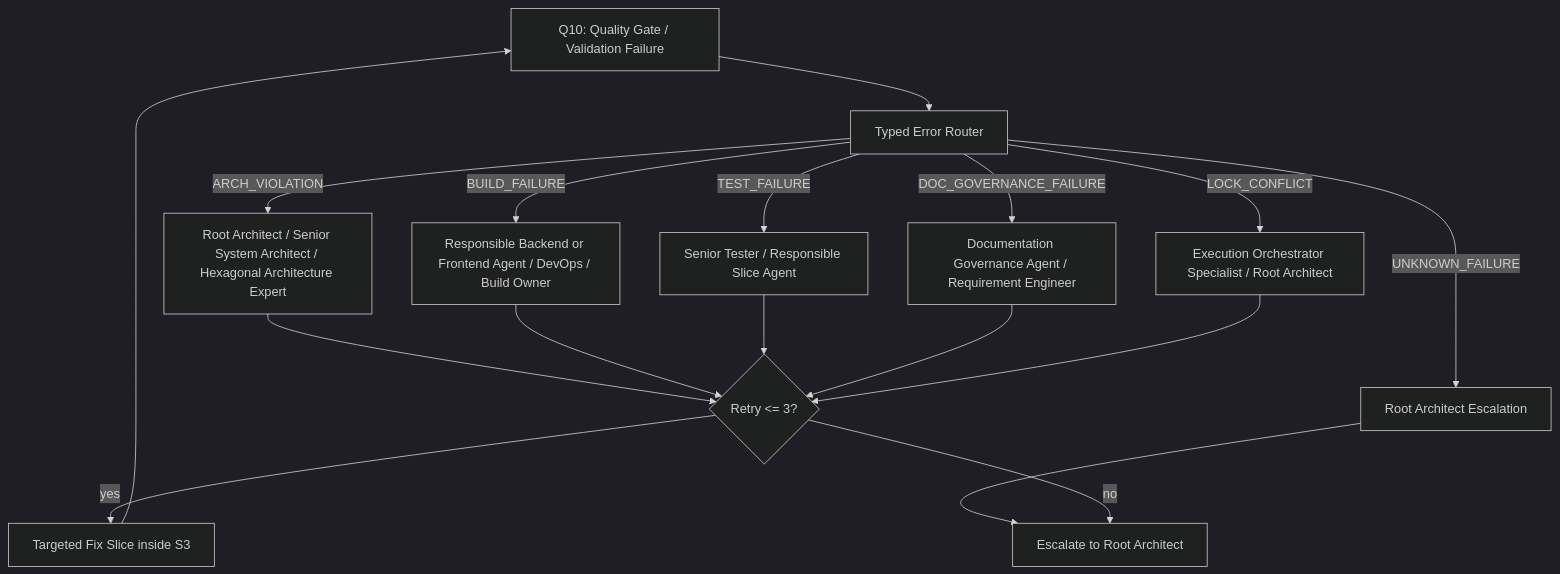
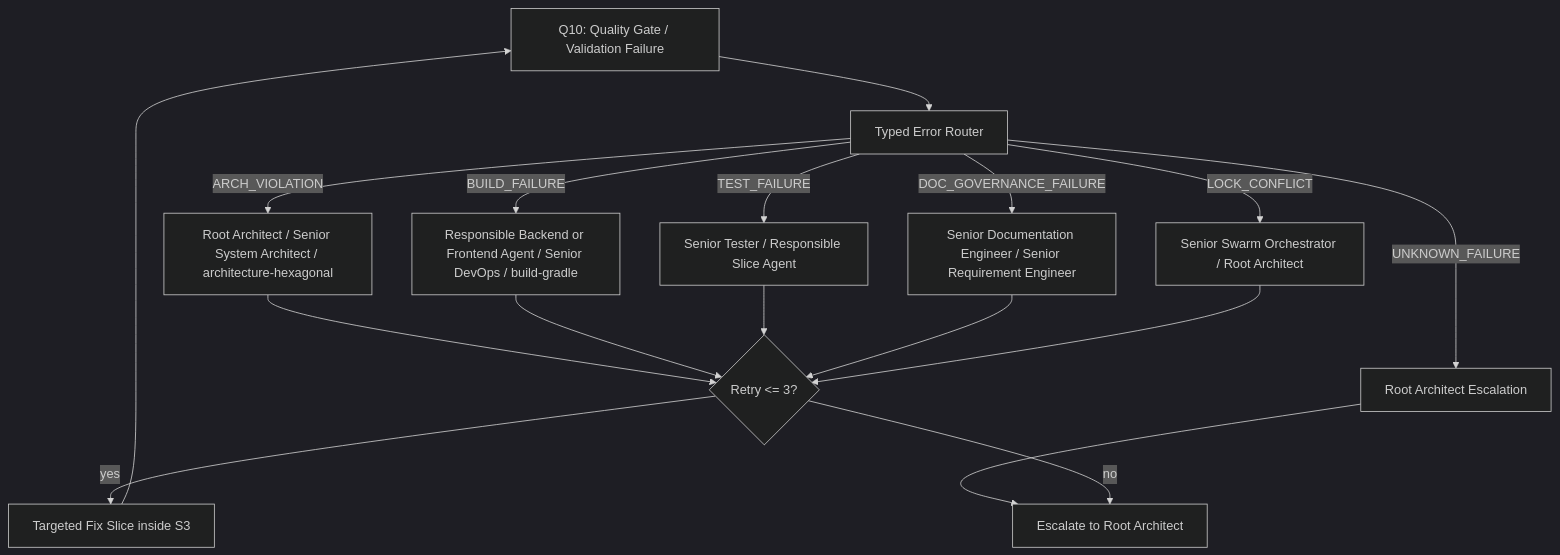
Before and after one commit to MatthiasBurger-Coder/forensic_analytics: the second of 3 diagrams in docs/process/workflow-execute.md, drawn with Mermaid (dark theme). The commit also changed other lines of this file and 16 other files, not shown here.

First line of the commit message:
docs(slice-15): record governance flowchart adr

````diff
--- a/docs/process/workflow-execute.md
+++ b/docs/process/workflow-execute.md
@@ -94,19 +94,19 @@
 ```mermaid
 flowchart TD
   Q10["Q10: Quality Gate / Validation Failure"] --> R["Typed Error Router"]
-  R -->|ARCH_VIOLATION| A["Root Architect / Senior System Architect / Hexagonal Architecture Expert"]
-  R -->|BUILD_FAILURE| B["Responsible Backend or Frontend Agent / DevOps / Build Owner"]
+  R -->|ARCH_VIOLATION| A["Root Architect / Senior System Architect / architecture-hexagonal"]
+  R -->|BUILD_FAILURE| B["Responsible Backend or Frontend Agent / Senior DevOps / build-gradle"]
   R -->|TEST_FAILURE| T["Senior Tester / Responsible Slice Agent"]
-  R -->|DOC_GOVERNANCE_FAILURE| D["Documentation Governance Agent / Requirement Engineer"]
-  R -->|LOCK_CONFLICT| L["Execution Orchestrator Specialist / Root Architect"]
+  R -->|DOC_GOVERNANCE_FAILURE| D["Senior Documentation Engineer / Senior Requirement Engineer"]
+  R -->|LOCK_CONFLICT| L["Senior Swarm Orchestrator / Root Architect"]
   R -->|UNKNOWN_FAILURE| X["Root Architect Escalation"]
   A --> RC{"Retry <= 3?"}
   B --> RC
   T --> RC
   D --> RC
   L --> RC
   X --> ESC["Escalate to Root Architect"]
   RC -->|yes| FIX["Targeted Fix Slice inside S3"]
   RC -->|no| ESC
   FIX --> Q10
 ```
````
